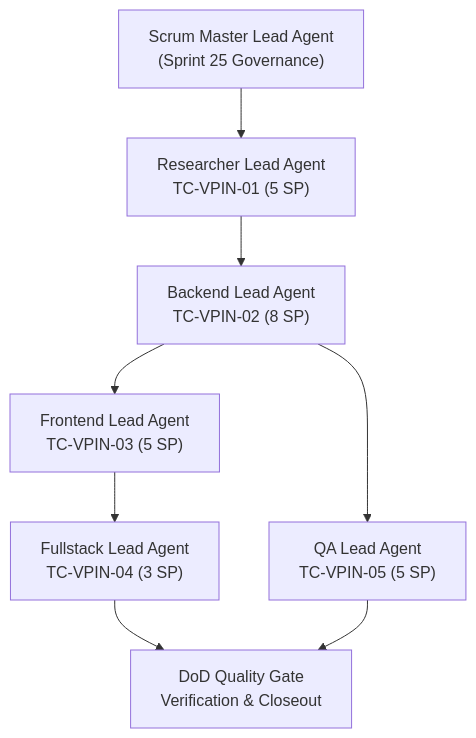
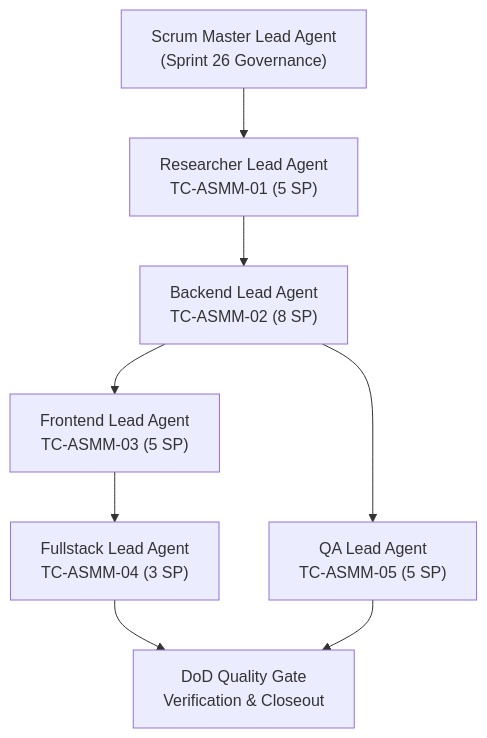
The diagram in docs/daily-reports/2026-11-18.md (Paurushmuley/LearnTrade), drawn with Mermaid before and after one commit. The commit also changed other lines of this file and 12 other files, not shown here.

````diff
--- a/docs/daily-reports/2026-11-18.md
+++ b/docs/daily-reports/2026-11-18.md
@@ -75,10 +69,10 @@
 ```mermaid
 flowchart TD
-    SM["Scrum Master Lead Agent<br/>(Sprint 25 Governance)"] --> RES["Researcher Lead Agent<br/>TC-VPIN-01 (5 SP)"]
-    RES --> BE["Backend Lead Agent<br/>TC-VPIN-02 (8 SP)"]
-    BE --> FE["Frontend Lead Agent<br/>TC-VPIN-03 (5 SP)"]
-    FE --> FS["Fullstack Lead Agent<br/>TC-VPIN-04 (3 SP)"]
-    BE --> QA["QA Lead Agent<br/>TC-VPIN-05 (5 SP)"]
+    SM["Scrum Master Lead Agent<br/>(Sprint 26 Governance)"] --> RES["Researcher Lead Agent<br/>TC-ASMM-01 (5 SP)"]
+    RES --> BE["Backend Lead Agent<br/>TC-ASMM-02 (8 SP)"]
+    BE --> FE["Frontend Lead Agent<br/>TC-ASMM-03 (5 SP)"]
+    FE --> FS["Fullstack Lead Agent<br/>TC-ASMM-04 (3 SP)"]
+    BE --> QA["QA Lead Agent<br/>TC-ASMM-05 (5 SP)"]
     FS --> VER["DoD Quality Gate<br/>Verification & Closeout"]
     QA --> VER
 ```
````
